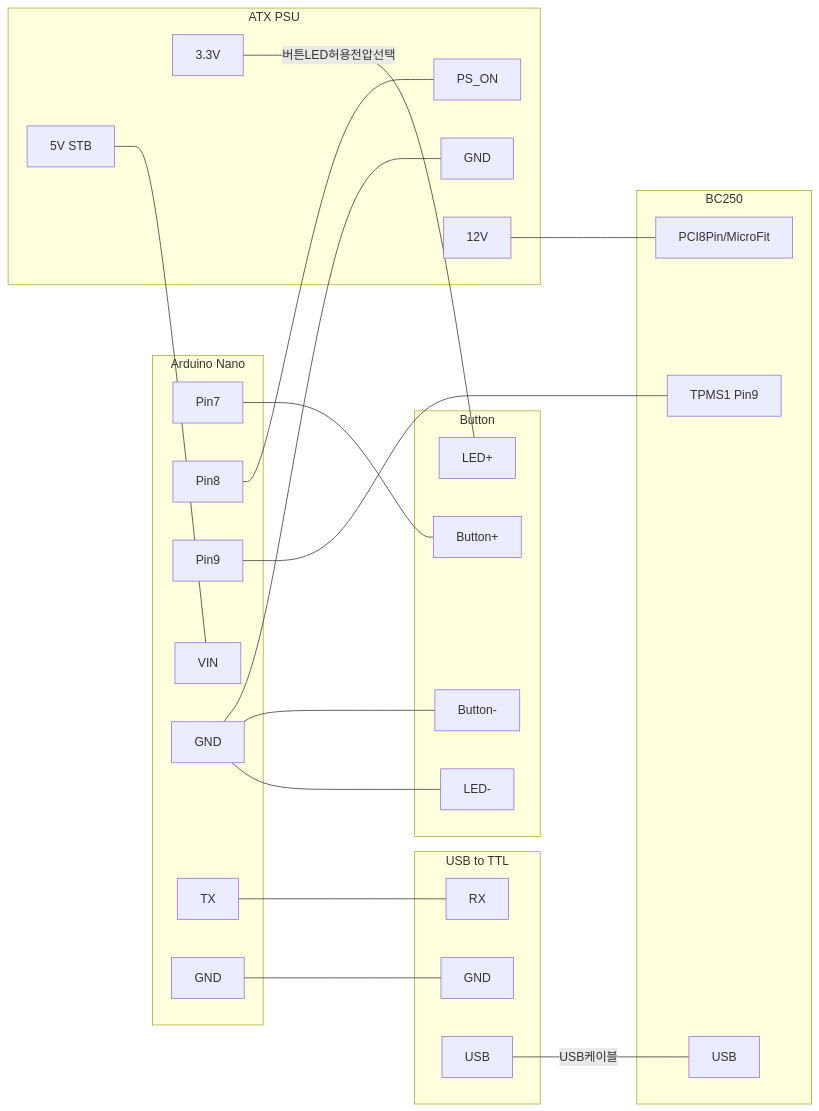
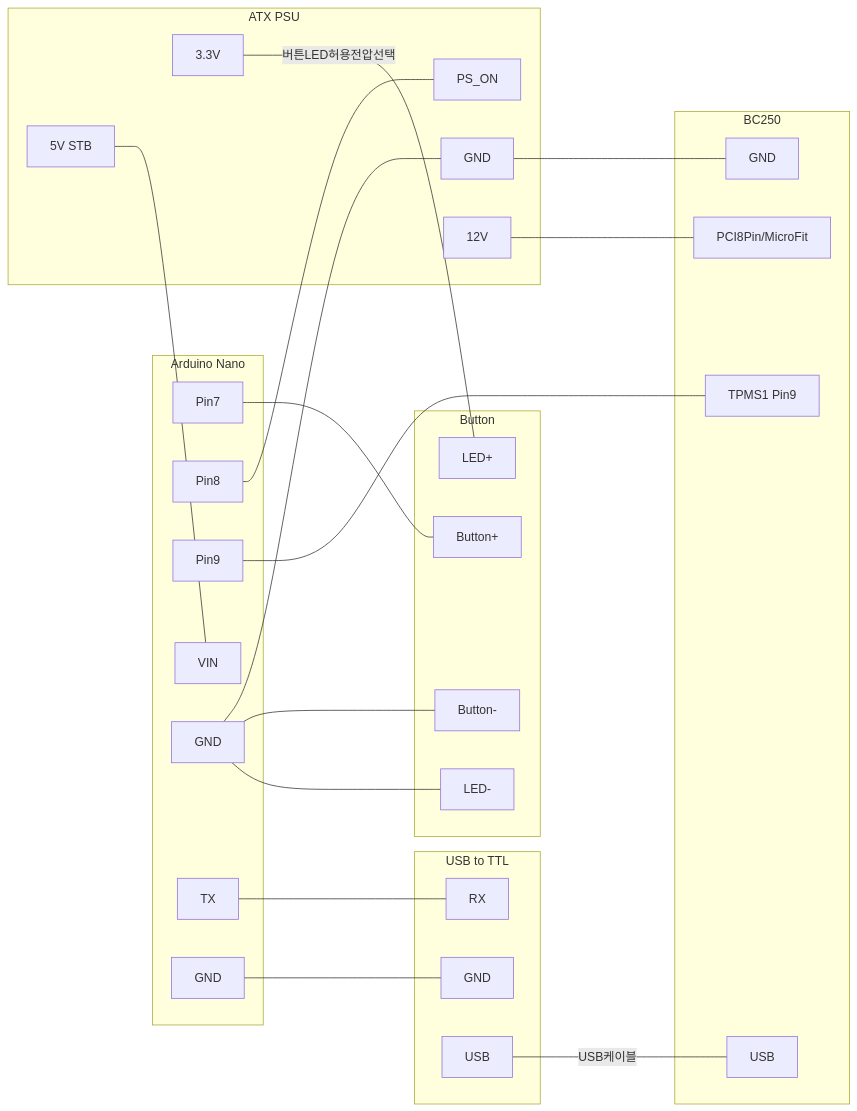
One commit to coolsolgit/BC250-ATX-PSU-Control changed the second of 2 diagrams in README.md. Above: the diagram before and after it, drawn with Mermaid.

````diff
--- a/README.md
+++ b/README.md
@@ -52,47 +52,49 @@
 ```mermaid
 flowchart LR
   subgraph Arduino Nano
     P7[Pin7]
     P8[Pin8]
     P9[Pin9]
     VIN[VIN]
     AGND[GND]
     TX[TX]
     ATGND[GND]
   end
   subgraph BC250
     TPMS[TPMS1 Pin9]
     BUSB[USB]
     PCIE[PCI8Pin/MicroFit]
+    BGND[GND]
   end
   subgraph USB to TTL
     RX[RX]
     UGND[GND]
     UUSB[USB]
   end
   subgraph ATX PSU
     5V[5V STB]
     3.3V[3.3V]
     PS_ON[PS_ON]
     PGND[GND]
     12V[12V]
   end
   subgraph Button
     BTN1[Button+]
     BTN2[Button-]
     LED1[LED+]
     LED2[LED-]
   end
   UUSB ---|USB케이블| BUSB
   TX --- RX
   P7 --- BTN1
   P8 --- PS_ON
   P9 --- TPMS
   AGND --- PGND
   AGND --- BTN2
   AGND --- LED2
   ATGND --- UGND
   3.3V ---|버튼LED허용전압선택| LED1
   5V --- VIN
   12V --- PCIE
+  PGND ---- BGND
 ```
````
